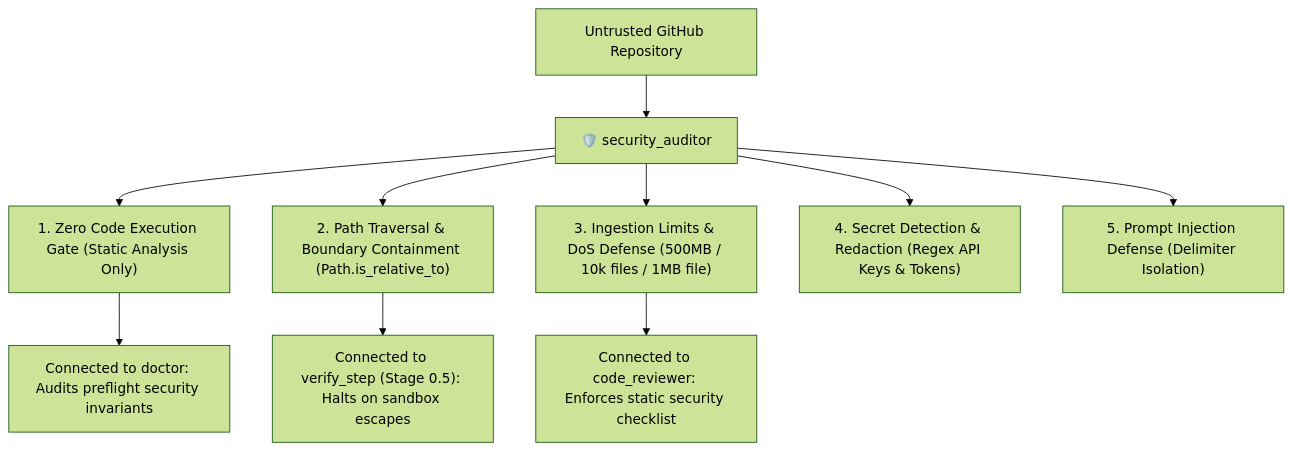
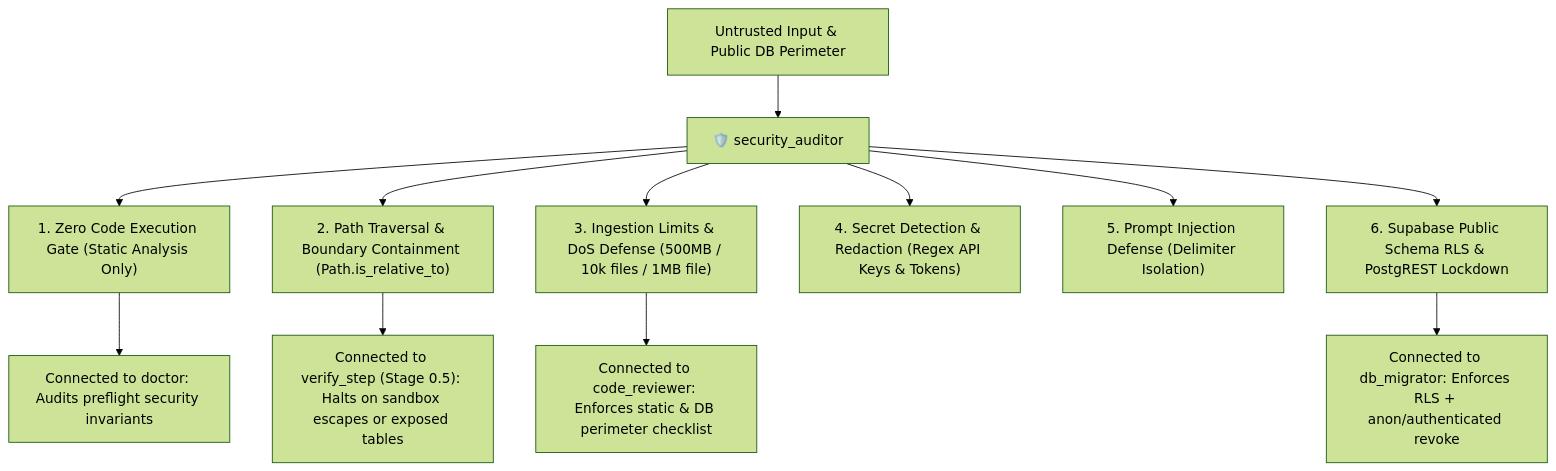
Before and after one commit to agrawalshivam279/RepoDefense: the diagram in .agents/skills/security_auditor/SKILL.md, drawn with Mermaid (forest theme). The commit also changed other lines of this file and 17 other files, not shown here.

First line of the commit message:
fix: resolve PR #59 bugs, add CodeRabbit config, and enable Supabase RLS (#61)

````diff
--- a/.agents/skills/security_auditor/SKILL.md
+++ b/.agents/skills/security_auditor/SKILL.md
@@ -20,13 +21,15 @@
 ```mermaid
 flowchart TD
-    A["Untrusted GitHub Repository"] --> B["🛡️ security_auditor"]
+    A["Untrusted Input & Public DB Perimeter"] --> B["🛡️ security_auditor"]
     B --> C["1. Zero Code Execution Gate (Static Analysis Only)"]
     B --> D["2. Path Traversal & Boundary Containment (Path.is_relative_to)"]
     B --> E["3. Ingestion Limits & DoS Defense (500MB / 10k files / 1MB file)"]
     B --> F["4. Secret Detection & Redaction (Regex API Keys & Tokens)"]
     B --> G["5. Prompt Injection Defense (Delimiter Isolation)"]
+    B --> K["6. Supabase Public Schema RLS & PostgREST Lockdown"]
     
     C --> H["Connected to doctor: Audits preflight security invariants"]
-    D --> I["Connected to verify_step (Stage 0.5): Halts on sandbox escapes"]
-    E --> J["Connected to code_reviewer: Enforces static security checklist"]
+    D --> I["Connected to verify_step (Stage 0.5): Halts on sandbox escapes or exposed tables"]
+    E --> J["Connected to code_reviewer: Enforces static & DB perimeter checklist"]
+    K --> L["Connected to db_migrator: Enforces RLS + anon/authenticated revoke"]
 ```
````
